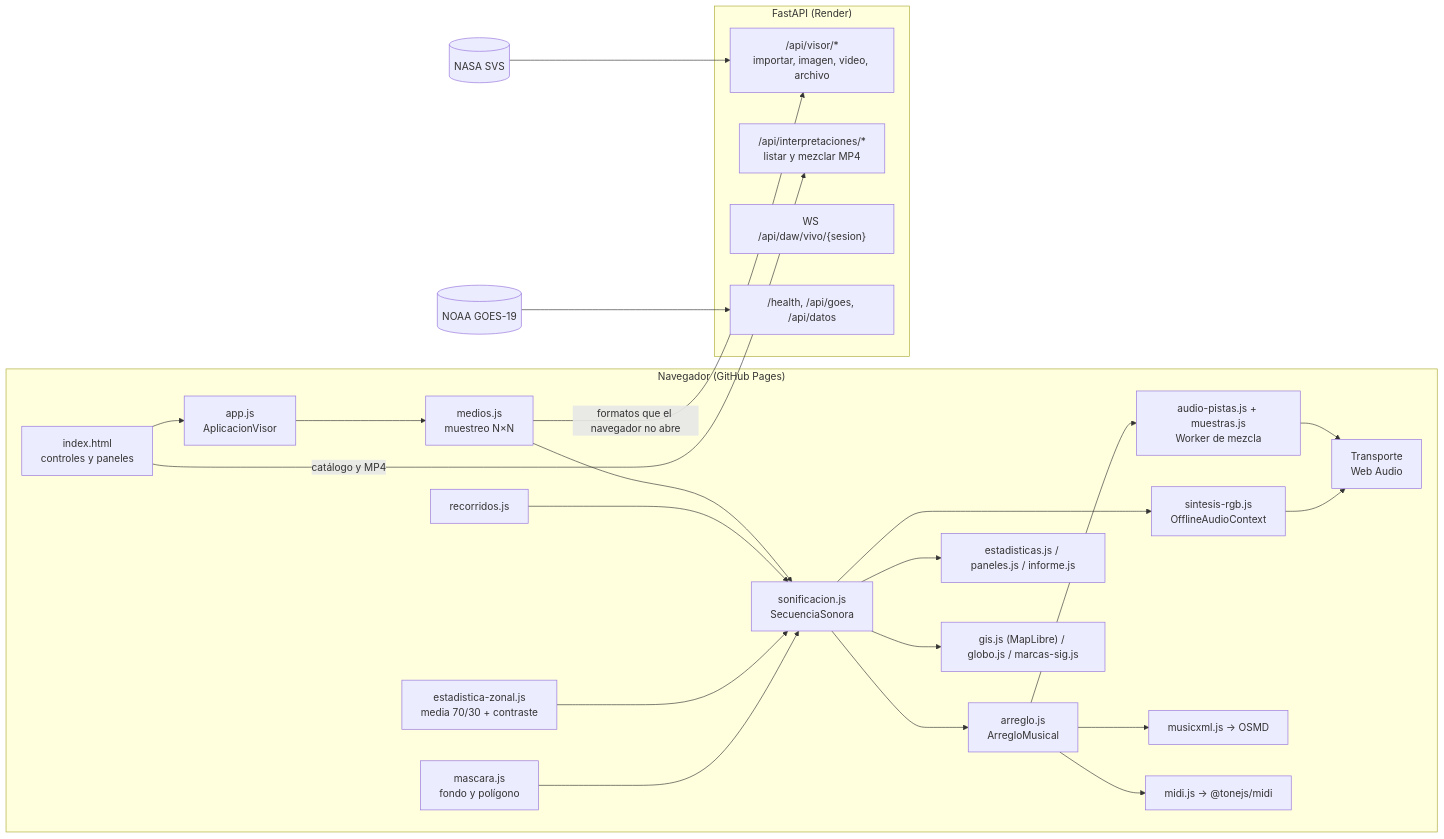
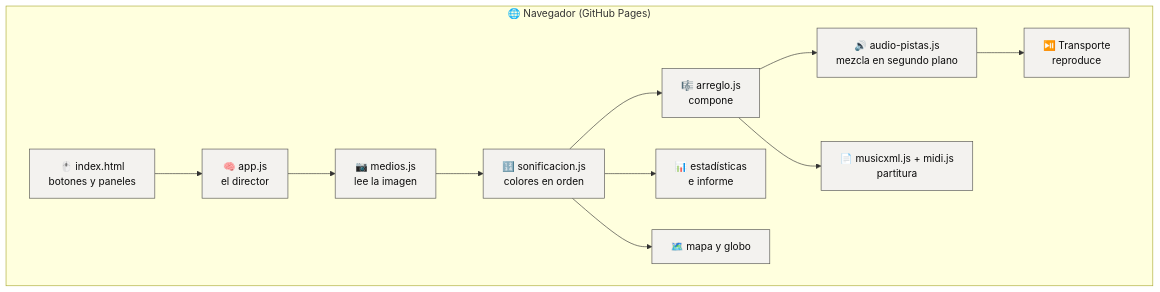
The second of 3 diagrams in README.md (orbidataanalytics/Orbita_Sonora), drawn with Mermaid before and after one commit. The commit also changed other lines of this file and 28 other files, not shown here.

````diff
--- a/README.md
+++ b/README.md
@@ -135,30 +423,16 @@
 ```mermaid
-flowchart LR
-    subgraph Navegador["Navegador (GitHub Pages)"]
-        UI["index.html<br/>controles y paneles"] --> APP["app.js<br/>AplicacionVisor"]
-        APP --> MED["medios.js<br/>muestreo N×N"]
-        MED --> SEC["sonificacion.js<br/>SecuenciaSonora"]
-        REC["recorridos.js"] --> SEC
-        ZON["estadistica-zonal.js<br/>media 70/30 + contraste"] --> SEC
-        MAS["mascara.js<br/>fondo y polígono"] --> SEC
-        SEC --> ARR["arreglo.js<br/>ArregloMusical"]
-        ARR --> AUD["audio-pistas.js + muestras.js<br/>Worker de mezcla"]
-        SEC --> RGB["sintesis-rgb.js<br/>OfflineAudioContext"]
-        AUD --> TR["Transporte<br/>Web Audio"]
-        RGB --> TR
-        ARR --> XML["musicxml.js → OSMD"]
-        ARR --> MIDI["midi.js → @tonejs/midi"]
-        SEC --> EST["estadisticas.js / paneles.js / informe.js"]
-        SEC --> GIS["gis.js (MapLibre) / globo.js / marcas-sig.js"]
+flowchart TB
+    subgraph NAV["🌐 Navegador (GitHub Pages)"]
+        UI["🖱️ index.html<br/>botones y paneles"] --> APP["🧠 app.js<br/>el director"]
+        APP --> MED["📷 medios.js<br/>lee la imagen"]
+        MED --> SEC["🔢 sonificacion.js<br/>colores en orden"]
+        SEC --> ARR["🎼 arreglo.js<br/>compone"]
+        ARR --> AUD["🔊 audio-pistas.js<br/>mezcla en segundo plano"]
+        AUD --> TR["⏯️ Transporte<br/>reproduce"]
+        ARR --> PAR["📄 musicxml.js + midi.js<br/>partitura"]
+        SEC --> EST["📊 estadísticas<br/>e informe"]
+        SEC --> GIS["🗺️ mapa y globo"]
     end
-    subgraph API["FastAPI (Render)"]
-        V["/api/visor/*<br/>importar, imagen, video, archivo"]
-        I["/api/interpretaciones/*<br/>listar y mezclar MP4"]
-        D["WS /api/daw/vivo/{sesion}"]
-        S["/health, /api/goes, /api/datos"]
-    end
-    NASA[("NASA SVS")] --> V
-    NOAA[("NOAA GOES-19")] --> S
-    MED -- "formatos que el navegador no abre" --> V
-    UI -- "catálogo y MP4" --> I
+    classDef caja fill:#f3f2ef,stroke:#52514e,color:#0b0b0b
+    class UI,APP,MED,SEC,ARR,AUD,TR,PAR,EST,GIS caja
 ```
````
